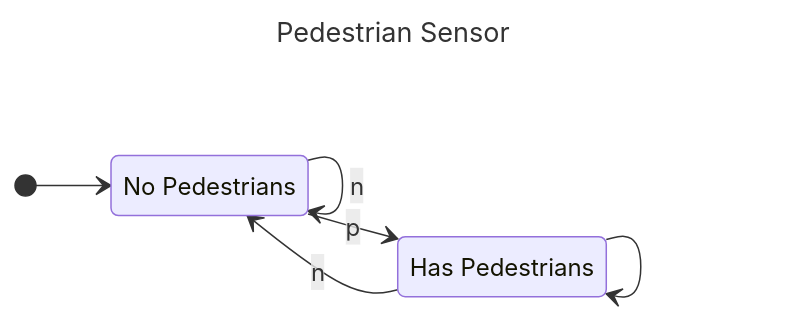
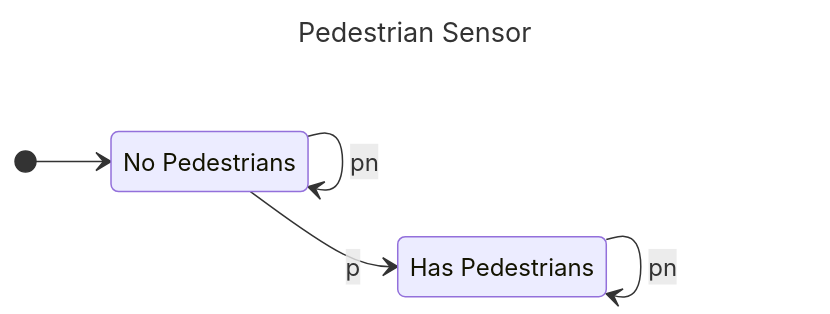
Before and after one commit to VinayakFia/Obsidian: the fourth of 6 diagrams in COMP3153/System Model - Vinayak Fialok.md, drawn with Mermaid. The commit also changed other lines of this file, not shown here.

Commit message:
vault backup: 2024-09-18 08:15:54

````diff
--- a/COMP3153/System Model - Vinayak Fialok.md
+++ b/COMP3153/System Model - Vinayak Fialok.md
@@ -85,16 +85,14 @@
 ```mermaid
 ---
 title: Pedestrian Sensor
 ---
 stateDiagram-v2
 	direction LR
 	n: No Pedestrians
 	p: Has Pedestrians
 	[*] --> n
-	n --> n : n
+	n --> n : pn
 	n --> p : p
-	p --> n : n
-	p --> p : pedestrian arrives
-	p --> p : pedestrian leaves
-	p --> p
+	p --> p : p
+	p --> p : pn
 ```
````
